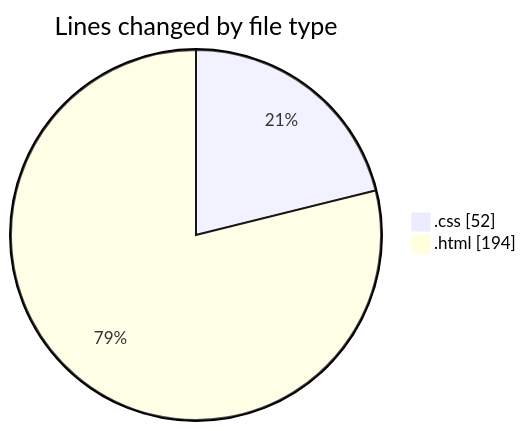
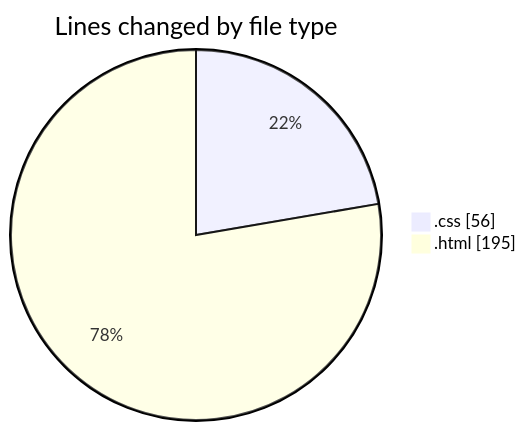
Before and after one commit to NitaiMahat/code-tracking: the first of 2 diagrams in 2025-02-04/recipe-page-main/README.md, drawn with Mermaid. The commit also changed other lines of this file and 1 other file, not shown here.

````diff
--- a/2025-02-04/recipe-page-main/README.md
+++ b/2025-02-04/recipe-page-main/README.md
@@ -21,6 +21,6 @@
 ```mermaid
 pie showData
 title Lines changed by file type
-".css" : 52
-".html" : 194
+".css" : 56
+".html" : 195
 ```
````
